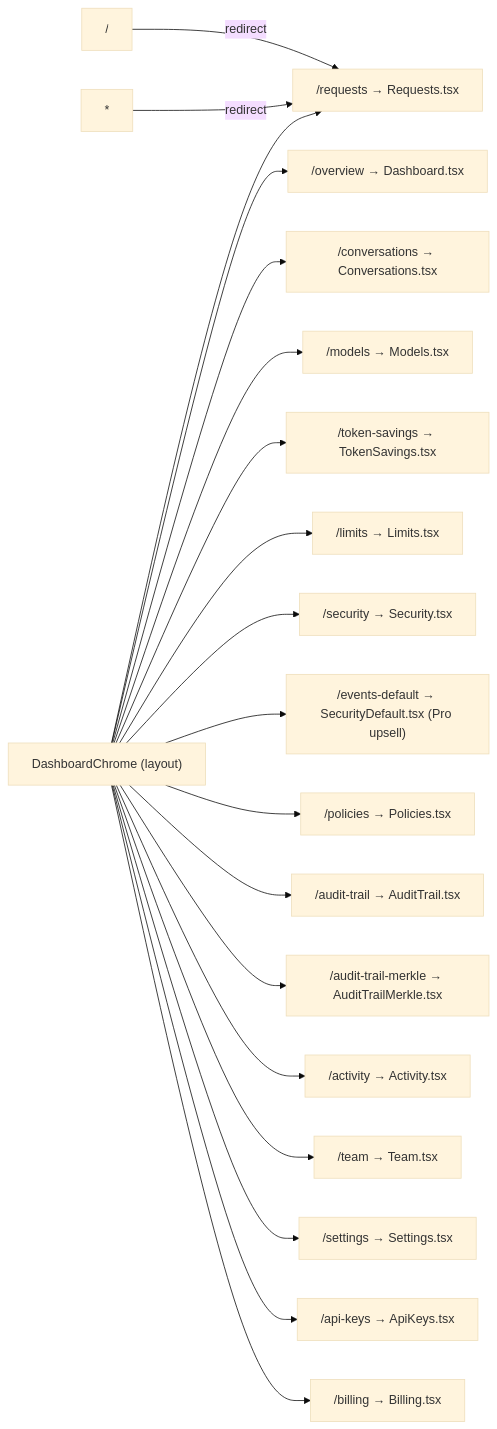
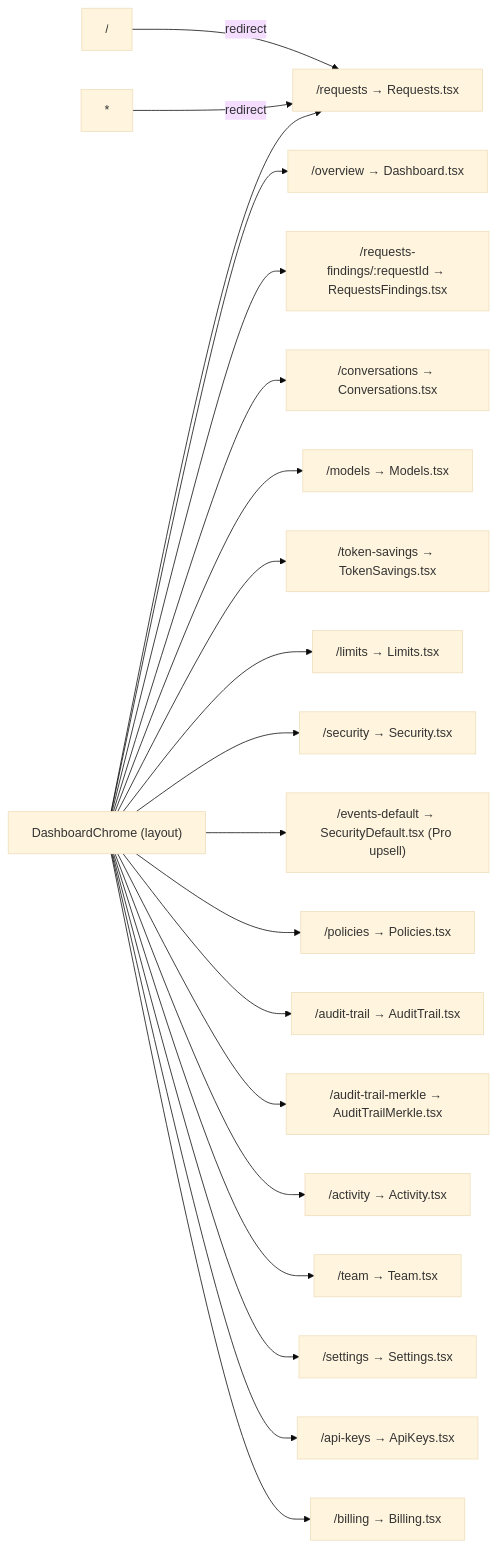
The first of 4 diagrams in data-model.md (Neoneue/gate-ai-build), drawn with Mermaid (base theme) before and after one commit. The commit also changed other lines of this file, not shown here.

````diff
--- a/data-model.md
+++ b/data-model.md
@@ -31,24 +31,25 @@
 ```mermaid
 graph LR
     ROOT["/"] -->|redirect| REQ["/requests"]
     WILD["*"] -->|redirect| REQ
 
     LAYOUT["DashboardChrome (layout)"]
 
     LAYOUT --> OV["/overview → Dashboard.tsx"]
     LAYOUT --> REQ["/requests → Requests.tsx"]
+    LAYOUT --> REQF["/requests-findings/:requestId → RequestsFindings.tsx"]
     LAYOUT --> CONV["/conversations → Conversations.tsx"]
     LAYOUT --> MOD["/models → Models.tsx"]
     LAYOUT --> TOK["/token-savings → TokenSavings.tsx"]
     LAYOUT --> LIM["/limits → Limits.tsx"]
     LAYOUT --> SEC["/security → Security.tsx"]
     LAYOUT --> SECDEF["/events-default → SecurityDefault.tsx (Pro upsell)"]
     LAYOUT --> POL["/policies → Policies.tsx"]
     LAYOUT --> AUD["/audit-trail → AuditTrail.tsx"]
   LAYOUT --> AUDM["/audit-trail-merkle → AuditTrailMerkle.tsx"]
     LAYOUT --> ACT["/activity → Activity.tsx"]
     LAYOUT --> TEAM["/team → Team.tsx"]
     LAYOUT --> SET["/settings → Settings.tsx"]
     LAYOUT --> KEYS["/api-keys → ApiKeys.tsx"]
     LAYOUT --> BILL["/billing → Billing.tsx"]
 ```
````
